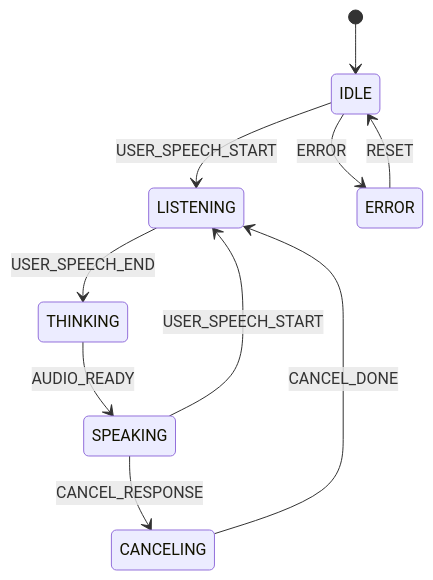
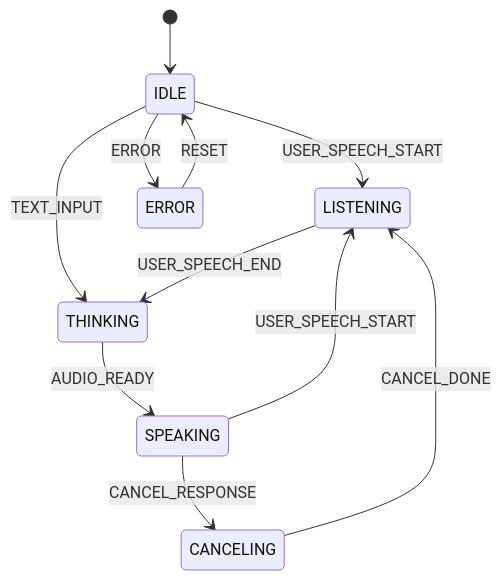
Before and after one commit to n4cl/offline-voice-chat: the fifth of 5 diagrams in .kiro/specs/voice-chat/design.md, drawn with Mermaid. The commit also changed other lines of this file and 4 other files, not shown here.

````diff
--- a/.kiro/specs/voice-chat/design.md
+++ b/.kiro/specs/voice-chat/design.md
@@ -126,13 +155,14 @@
 ```mermaid
 stateDiagram-v2
   [*] --> IDLE
   IDLE --> LISTENING: USER_SPEECH_START
+  IDLE --> THINKING: TEXT_INPUT
   LISTENING --> THINKING: USER_SPEECH_END
   THINKING --> SPEAKING: AUDIO_READY
   SPEAKING --> LISTENING: USER_SPEECH_START
   SPEAKING --> CANCELING: CANCEL_RESPONSE
   CANCELING --> LISTENING: CANCEL_DONE
   state ERROR
   IDLE --> ERROR: ERROR
   ERROR --> IDLE: RESET
 ```
````
